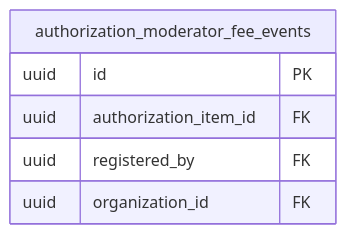
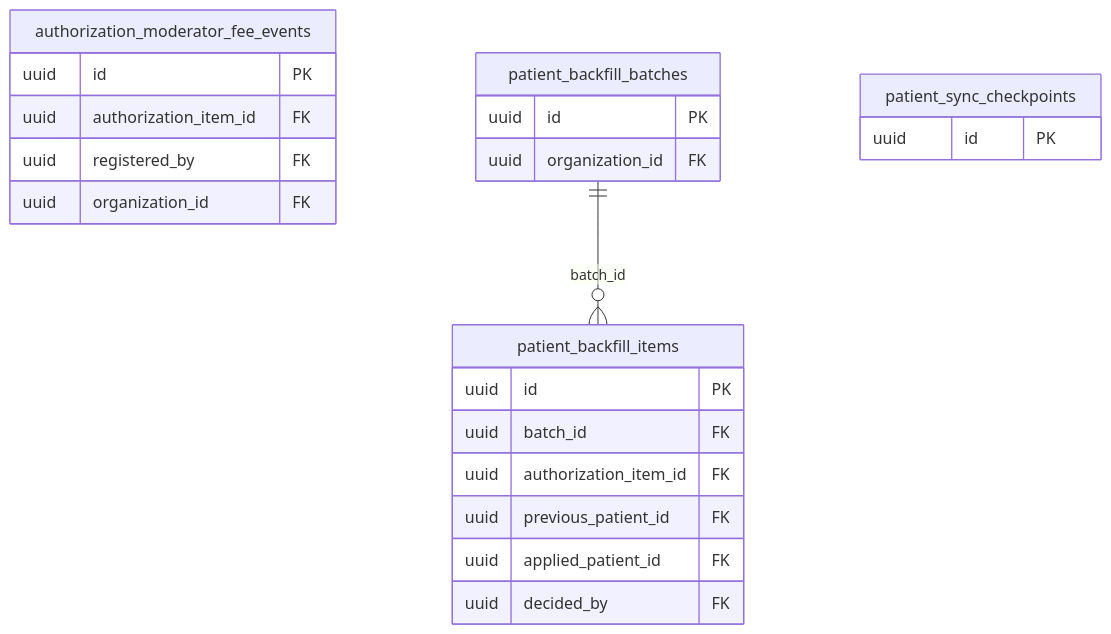
Before and after one commit to andresalvarezb/mtd-olp-medicarte: the diagram in docs/base-de-datos/diagramas/otros.mmd, drawn with Mermaid. The commit also changed 80 other files, not shown here.

```diff
--- a/docs/base-de-datos/diagramas/otros.mmd
+++ b/docs/base-de-datos/diagramas/otros.mmd
@@ -1,8 +1,24 @@
 erDiagram
   authorization_moderator_fee_events {
     uuid id PK
     uuid authorization_item_id FK
     uuid registered_by FK
     uuid organization_id FK
   }
+  patient_backfill_batches {
+    uuid id PK
+    uuid organization_id FK
+  }
+  patient_backfill_items {
+    uuid id PK
+    uuid batch_id FK
+    uuid authorization_item_id FK
+    uuid previous_patient_id FK
+    uuid applied_patient_id FK
+    uuid decided_by FK
+  }
+  patient_sync_checkpoints {
+    uuid id PK
+  }
+  patient_backfill_batches ||--o{ patient_backfill_items : "batch_id"
   %% Relaciones entre dominios: consultar schema-index.json / catálogo generado.
```
